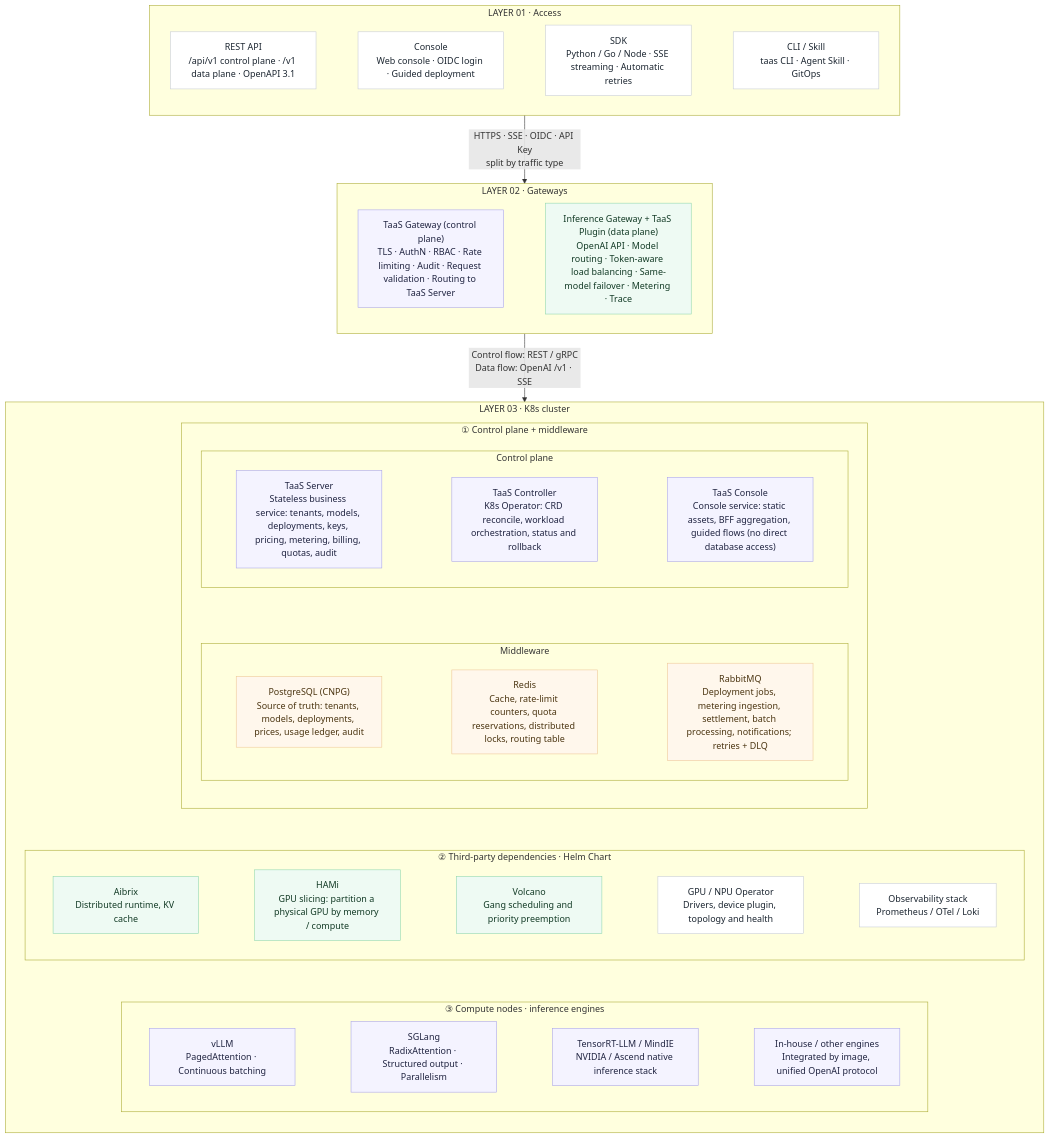
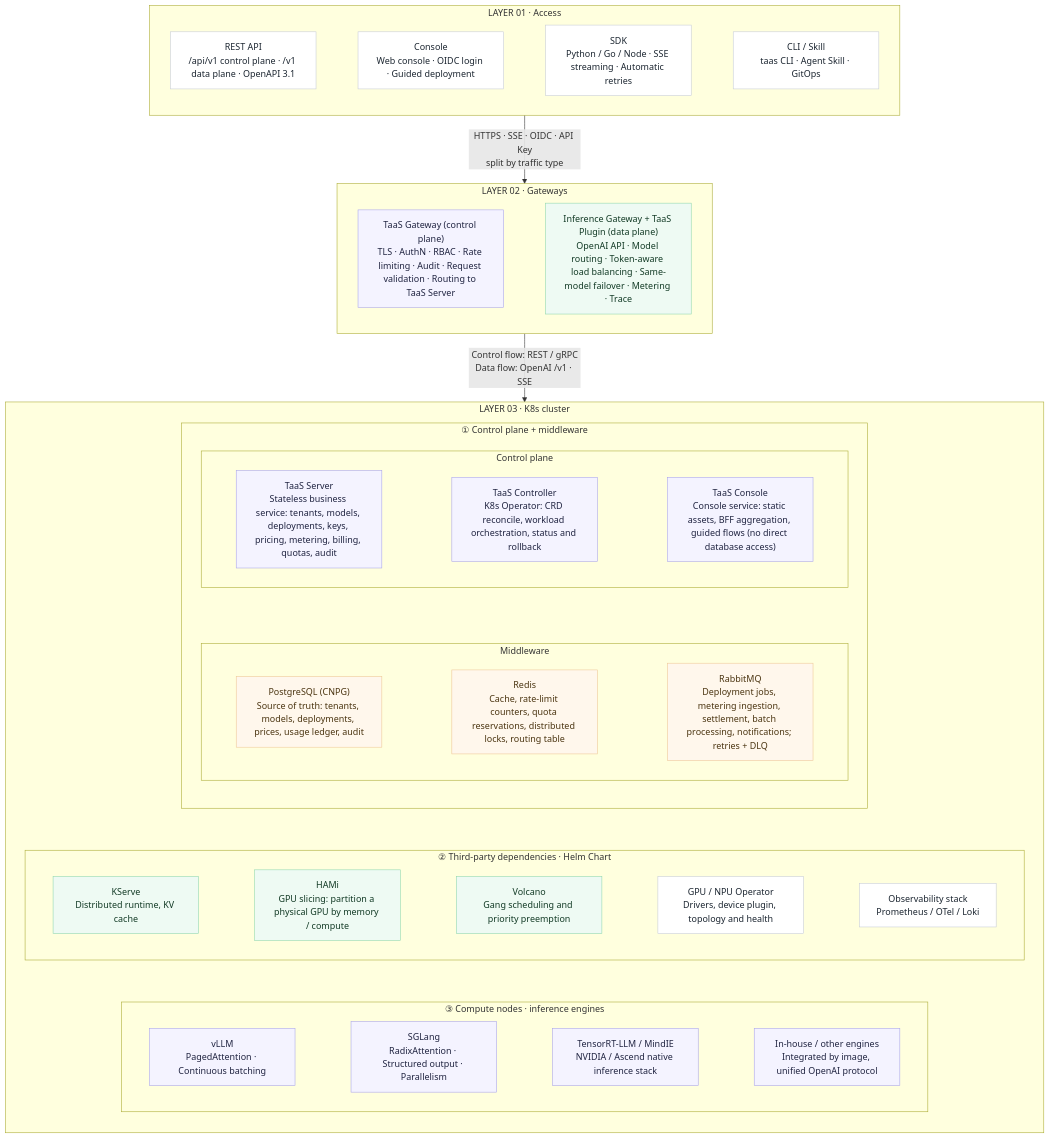
Before and after one commit to go-taas/go-taas: the first of 6 diagrams in site/docs/design/architecture.md, drawn with Mermaid. The commit also changed other lines of this file and 151 other files, not shown here.

````diff
--- a/site/docs/design/architecture.md
+++ b/site/docs/design/architecture.md
@@ -15,66 +15,66 @@
 ```mermaid
 flowchart TB
 subgraph L1["LAYER 01 · Access"]
     direction LR
     A1["REST API<br/>/api/v1 control plane · /v1 data plane · OpenAPI 3.1"]:::cell
     A2["Console<br/>Web console · OIDC login · Guided deployment"]:::cell
     A3["SDK<br/>Python / Go / Node · SSE streaming · Automatic retries"]:::cell
     A4["CLI / Skill<br/>taas CLI · Agent Skill · GitOps"]:::cell
     A1 ~~~ A2 ~~~ A3 ~~~ A4
 end
 
 subgraph L2["LAYER 02 · Gateways"]
     direction LR
     G1["TaaS Gateway (control plane)<br/>TLS · AuthN · RBAC · Rate limiting · Audit · Request validation · Routing to TaaS Server"]:::cp
     G2["Inference Gateway + TaaS Plugin (data plane)<br/>OpenAI API · Model routing · Token-aware load balancing · Same-model failover · Metering · Trace"]:::dp
     G1 ~~~ G2
 end
 
 subgraph L3["LAYER 03 · K8s cluster"]
     direction TB
     subgraph L3A["① Control plane + middleware"]
         direction TB
         subgraph L3A1["Control plane"]
             direction LR
             S1["TaaS Server<br/>Stateless business service: tenants, models, deployments, keys, pricing, metering, billing, quotas, audit"]:::cp
             S2["TaaS Controller<br/>K8s Operator: CRD reconcile, workload orchestration, status and rollback"]:::cp
             S3["TaaS Console<br/>Console service: static assets, BFF aggregation, guided flows (no direct database access)"]:::cp
             S1 ~~~ S2 ~~~ S3
         end
         subgraph L3A2["Middleware"]
             direction LR
             M1["PostgreSQL (CNPG)<br/>Source of truth: tenants, models, deployments, prices, usage ledger, audit"]:::mw
             M2["Redis<br/>Cache, rate-limit counters, quota reservations, distributed locks, routing table"]:::mw
             M3["RabbitMQ<br/>Deployment jobs, metering ingestion, settlement, batch processing, notifications; retries + DLQ"]:::mw
             M1 ~~~ M2 ~~~ M3
         end
         L3A1 ~~~ L3A2
     end
     subgraph L3B["② Third-party dependencies · Helm Chart"]
         direction LR
-        B1["Aibrix<br/>Distributed runtime, KV cache"]:::dp
+        B1["KServe<br/>Distributed runtime, KV cache"]:::dp
         B2["HAMi<br/>GPU slicing: partition a physical GPU by memory / compute"]:::dp
         B3["Volcano<br/>Gang scheduling and priority preemption"]:::dp
         B4["GPU / NPU Operator<br/>Drivers, device plugin, topology and health"]:::cell
         B5["Observability stack<br/>Prometheus / OTel / Loki"]:::cell
         B1 ~~~ B2 ~~~ B3 ~~~ B4 ~~~ B5
     end
     subgraph L3C["③ Compute nodes · inference engines"]
         direction LR
         C1["vLLM<br/>PagedAttention · Continuous batching"]:::cp
         C2["SGLang<br/>RadixAttention · Structured output · Parallelism"]:::cp
         C3["TensorRT-LLM / MindIE<br/>NVIDIA / Ascend native inference stack"]:::cp
         C4["In-house / other engines<br/>Integrated by image, unified OpenAI protocol"]:::cp
         C1 ~~~ C2 ~~~ C3 ~~~ C4
     end
     L3A ~~~ L3B ~~~ L3C
 end
 
 L1 -->|"HTTPS · SSE · OIDC · API Key<br/>split by traffic type"| L2
 L2 -->|"Control flow: REST / gRPC<br/>Data flow: OpenAI /v1 · SSE"| L3
 
 classDef cell fill:#ffffff,stroke:#c7ccd6,color:#1b2530
 classDef cp fill:#f4f3ff,stroke:#a9a4ea,color:#1f2340
 classDef dp fill:#eefaf3,stroke:#8fd6ae,color:#123a25
 classDef mw fill:#fff7ec,stroke:#eec796,color:#4a3410
 ```
````
